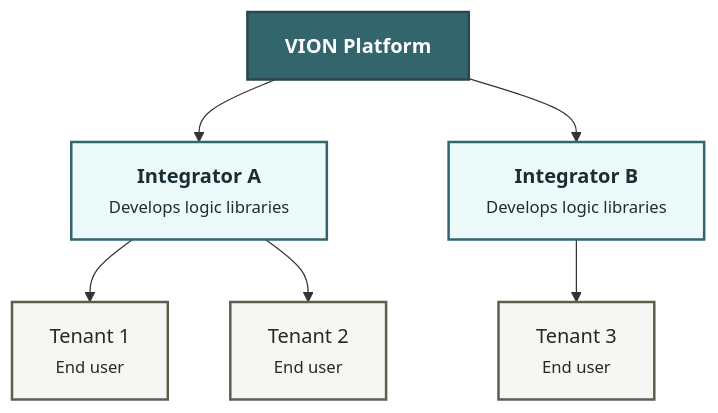
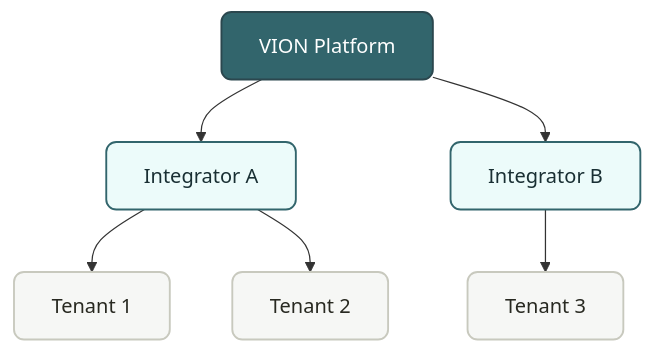
One commit to VION-IoT/documentation changed the fourth of 4 diagrams in docs/introduction/what-is-vion.md. Above: the diagram before and after it, drawn with Mermaid. The commit also changed other lines of this file and 2 other files, not shown here.

First line of the commit message:
Improve mermaid diagram styling and fix node text clipping

````diff
--- a/docs/introduction/what-is-vion.md
+++ b/docs/introduction/what-is-vion.md
@@ -103,22 +112,23 @@
 ```mermaid
 flowchart TB
-    Platform["<b>VION Platform</b>"]
-    Int1["<b>Integrator A</b><br/><small>Develops logic libraries</small>"]
-    Int2["<b>Integrator B</b><br/><small>Develops logic libraries</small>"]
-    T1["Tenant 1<br/><small>End user</small>"]
-    T2["Tenant 2<br/><small>End user</small>"]
-    T3["Tenant 3<br/><small>End user</small>"]
+    Platform["VION Platform"]
+    Int1["Integrator A"]
+    Int2["Integrator B"]
+    T1["Tenant 1"]
+    T2["Tenant 2"]
+    T3["Tenant 3"]
 
     Platform --> Int1
     Platform --> Int2
     Int1 --> T1
     Int1 --> T2
     Int2 --> T3
 
-    style Platform fill:#32656c,stroke:#2b474e,stroke-width:2px,color:#ffffff
-    style Int1 fill:#ecfbfa,stroke:#32656c,stroke-width:2px,color:#192f33
-    style Int2 fill:#ecfbfa,stroke:#32656c,stroke-width:2px,color:#192f33
-    style T1 fill:#f6f7f5,stroke:#5d5e4e,stroke-width:2px,color:#282921
-    style T2 fill:#f6f7f5,stroke:#5d5e4e,stroke-width:2px,color:#282921
-    style T3 fill:#f6f7f5,stroke:#5d5e4e,stroke-width:2px,color:#282921
+    classDef platform fill:#32656c,stroke:#2b474e,stroke-width:1.5px,color:#ffffff,rx:8
+    classDef integrator fill:#ecfbfa,stroke:#32656c,stroke-width:1.5px,color:#192f33,rx:8
+    classDef tenant fill:#f6f7f5,stroke:#c8c9be,stroke-width:1.5px,color:#282921,rx:8
+
+    class Platform platform
+    class Int1,Int2 integrator
+    class T1,T2,T3 tenant
 ```
````
